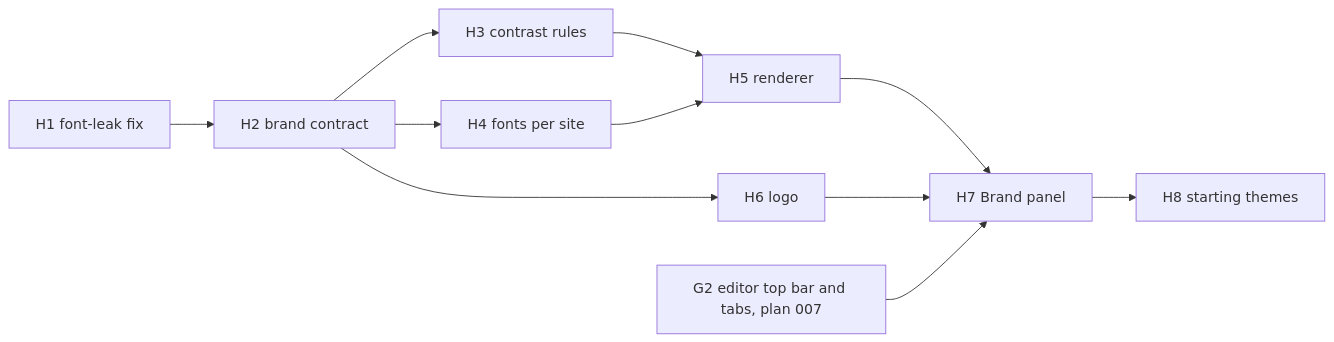
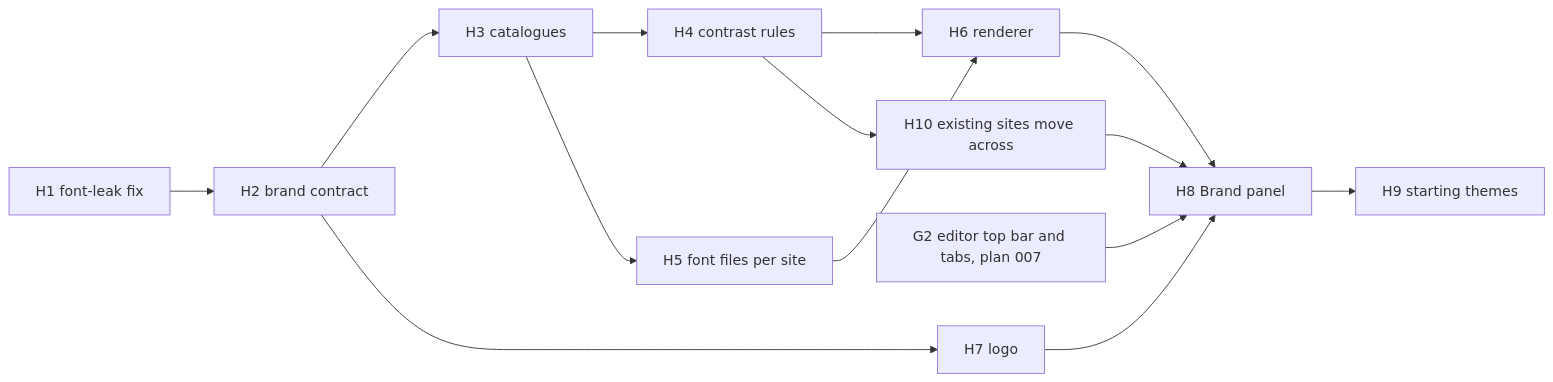
Before and after one commit to saroh-labs/saroh.in: the second of 2 diagrams in docs/plans/2026-09-26-008-feat-brand-v2-plan.md, drawn with Mermaid. The commit also changed other lines of this file and 3 other files, not shown here.

First line of the commit message:
docs(plans): Brand v2 offers a font catalogue and a palette catalogue; the font fix ships now

````diff
--- a/docs/plans/2026-09-26-008-feat-brand-v2-plan.md
+++ b/docs/plans/2026-09-26-008-feat-brand-v2-plan.md
@@ -359,14 +441,17 @@
 ```mermaid
 flowchart LR
   H1[H1 font-leak fix]
   H1 --> H2[H2 brand contract]
-  H2 --> H3[H3 contrast rules]
-  H2 --> H4[H4 fonts per site]
-  H3 --> H5[H5 renderer]
-  H4 --> H5
-  H2 --> H6[H6 logo]
-  H5 --> H7[H7 Brand panel]
-  H6 --> H7
-  G2[G2 editor top bar and tabs, plan 007] --> H7
-  H7 --> H8[H8 starting themes]
+  H2 --> H3[H3 catalogues]
+  H3 --> H4[H4 contrast rules]
+  H3 --> H5[H5 font files per site]
+  H4 --> H6[H6 renderer]
+  H5 --> H6
+  H2 --> H7[H7 logo]
+  H6 --> H8[H8 Brand panel]
+  H7 --> H8
+  G2[G2 editor top bar and tabs, plan 007] --> H8
+  H8 --> H9[H9 starting themes]
+  H4 --> H10[H10 existing sites move across]
+  H10 --> H8
 ```
````
